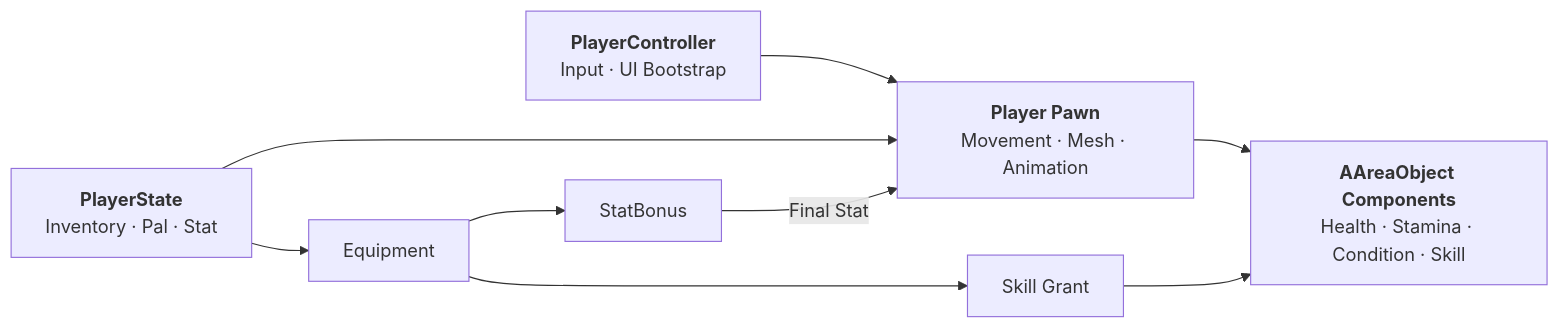
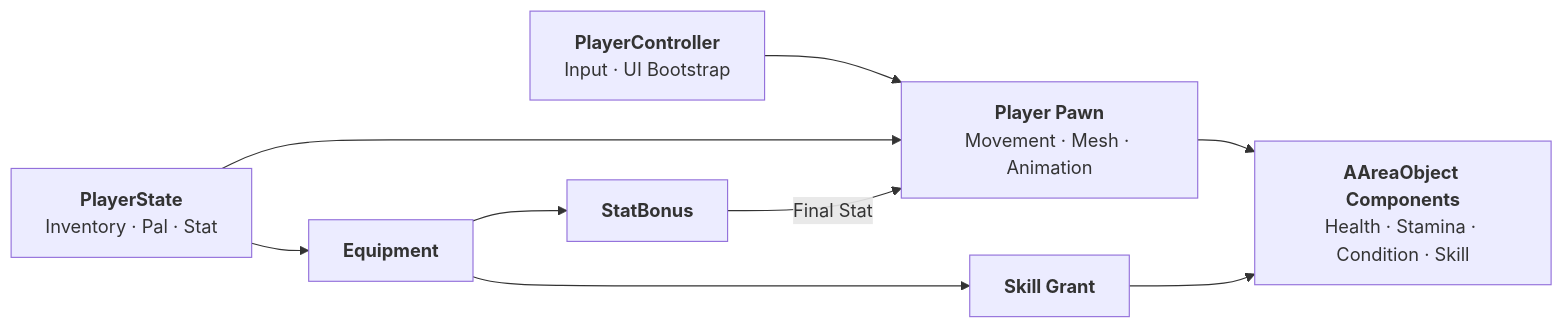
The diagram in Doc/Wiki/04_Player_Character_Systems.md (chungheonLee0325/Sonheim), drawn with Mermaid before and after one commit.

Commit message:
docs: standardize mermaid node hierarchy

```diff
--- a/Doc/Wiki/04_Player_Character_Systems.md
+++ b/Doc/Wiki/04_Player_Character_Systems.md
@@ -16,21 +16,21 @@
 ~~~mermaid
 flowchart LR
     INPUT["<b>PlayerController</b><br/>Input · UI Bootstrap"]
     PS["<b>PlayerState</b><br/>Inventory · Pal · Stat"]
     PAWN["<b>Player Pawn</b><br/>Movement · Mesh · Animation"]
     AREA["<b>AAreaObject Components</b><br/>Health · Stamina · Condition · Skill"]
 
-    EQUIP["Equipment"]
-    BONUS["StatBonus"]
-    SKILL["Skill Grant"]
+    EQUIP["<b>Equipment</b>"]
+    BONUS["<b>StatBonus</b>"]
+    SKILL["<b>Skill Grant</b>"]
 
     INPUT --> PAWN
     PS --> PAWN
     PAWN --> AREA
 
     PS --> EQUIP
     EQUIP --> BONUS
     EQUIP --> SKILL
     BONUS -->|"Final Stat"| PAWN
     SKILL --> AREA
 ~~~
```
